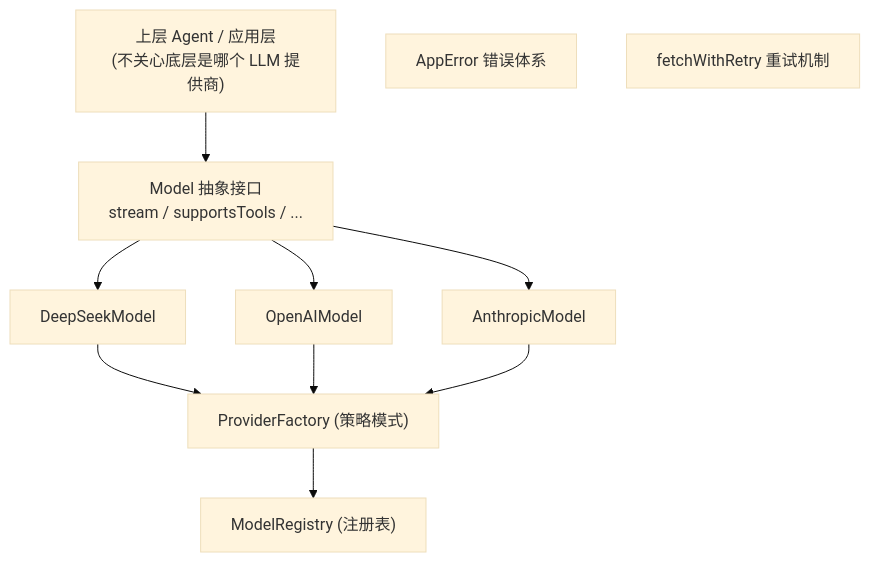
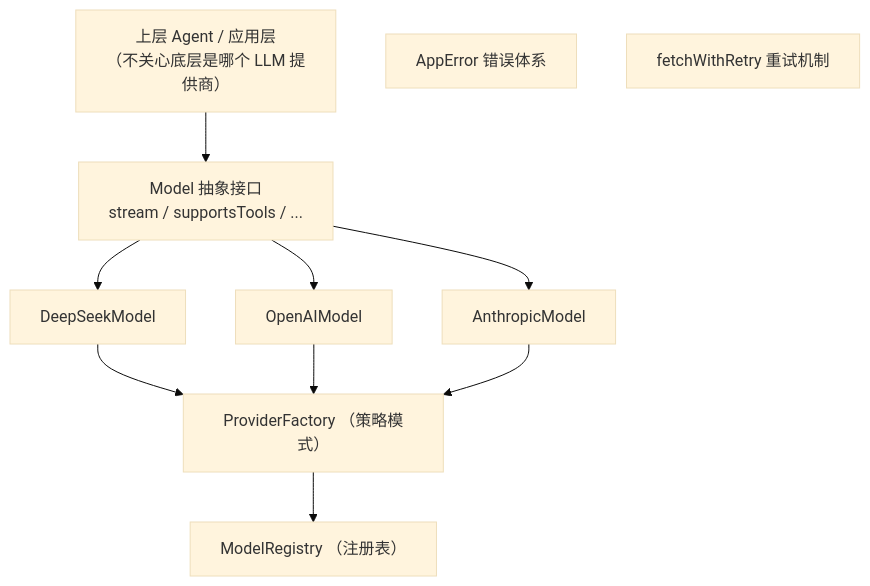
Before and after one commit to KNeegcyao/my-easy-pi: the diagram in docs/02-ai-layer/README.md, drawn with Mermaid (base theme). The commit also changed 25 other files, not shown here.

First line of the commit message:
fix: 修复 Mermaid 图表语法错误

````diff
--- a/docs/02-ai-layer/README.md
+++ b/docs/02-ai-layer/README.md
@@ -27,21 +27,21 @@
 ```mermaid
 graph TB
-    A["上层 Agent / 应用层<br>(不关心底层是哪个 LLM 提供商)"]
+    A["上层 Agent / 应用层<br>（不关心底层是哪个 LLM 提供商）"]
     B["Model 抽象接口<br>stream / supportsTools / ..."]
     C["DeepSeekModel"]
     D["OpenAIModel"]
     E["AnthropicModel"]
-    F["ProviderFactory (策略模式)"]
-    G["ModelRegistry (注册表)"]
+    F["ProviderFactory （策略模式）"]
+    G["ModelRegistry （注册表）"]
     H["AppError 错误体系"]
     I["fetchWithRetry 重试机制"]
 
     A --> B
     B --> C
     B --> D
     B --> E
     C --> F
     D --> F
     E --> F
     F --> G
 ```
````
